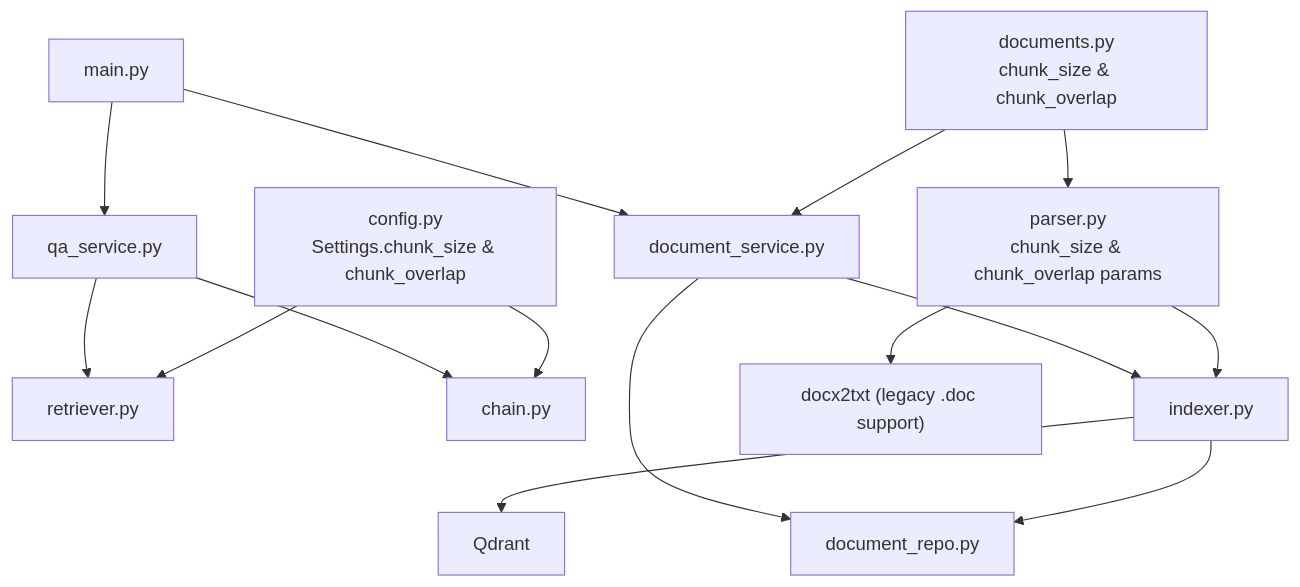
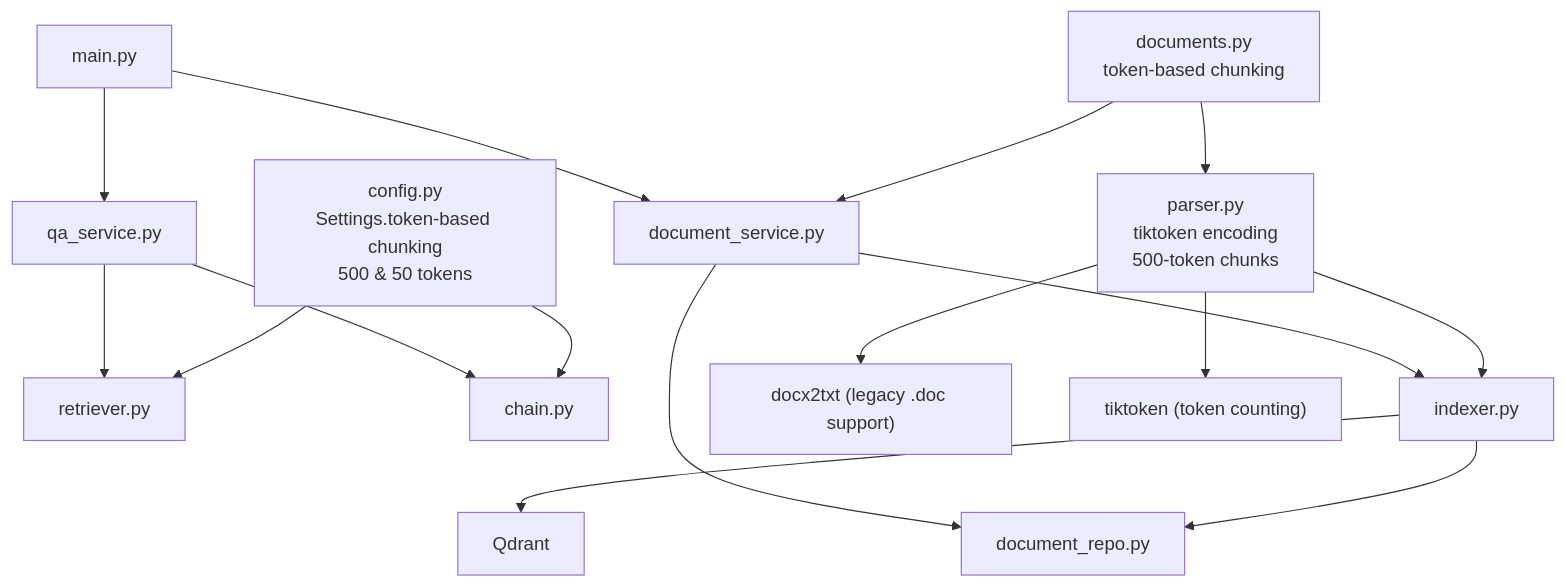
Diagram 13 of 13 in .qoder/repowiki/en/content/RAG Integration/RAG Parser Enhancement.md (ognelis/cafetera_hr_bot), drawn with Mermaid before and after one commit. The commit also changed other lines of this file and 8 other files, not shown here.

````diff
--- a/.qoder/repowiki/en/content/RAG Integration/RAG Parser Enhancement.md
+++ b/.qoder/repowiki/en/content/RAG Integration/RAG Parser Enhancement.md
@@ -490,17 +485,18 @@
 ```mermaid
 graph TB
-CFG["config.py<br/>Settings.chunk_size & chunk_overlap"] --> RET["retriever.py"]
+CFG["config.py<br/>Settings.token-based chunking<br/>500 & 50 tokens"] --> RET["retriever.py"]
 CFG --> CHAIN["chain.py"]
-PARSER["parser.py<br/>chunk_size & chunk_overlap params"] --> INDEXER["indexer.py"]
+PARSER["parser.py<br/>tiktoken encoding<br/>500-token chunks"] --> INDEXER["indexer.py"]
 PARSER --> DOCX2TXT["docx2txt (legacy .doc support)"]
+PARSER --> TIKTOKEN["tiktoken (token counting)"]
 INDEXER --> QDRANT["Qdrant"]
 INDEXER --> REPO["document_repo.py"]
 SERVICE["document_service.py"] --> INDEXER
 SERVICE --> REPO
-API["documents.py<br/>chunk_size & chunk_overlap"] --> SERVICE
+API["documents.py<br/>token-based chunking"] --> SERVICE
 API --> PARSER
 QA["qa_service.py"] --> RET
 QA --> CHAIN
 MAIN["main.py"] --> SERVICE
 MAIN --> QA
 ```
````
